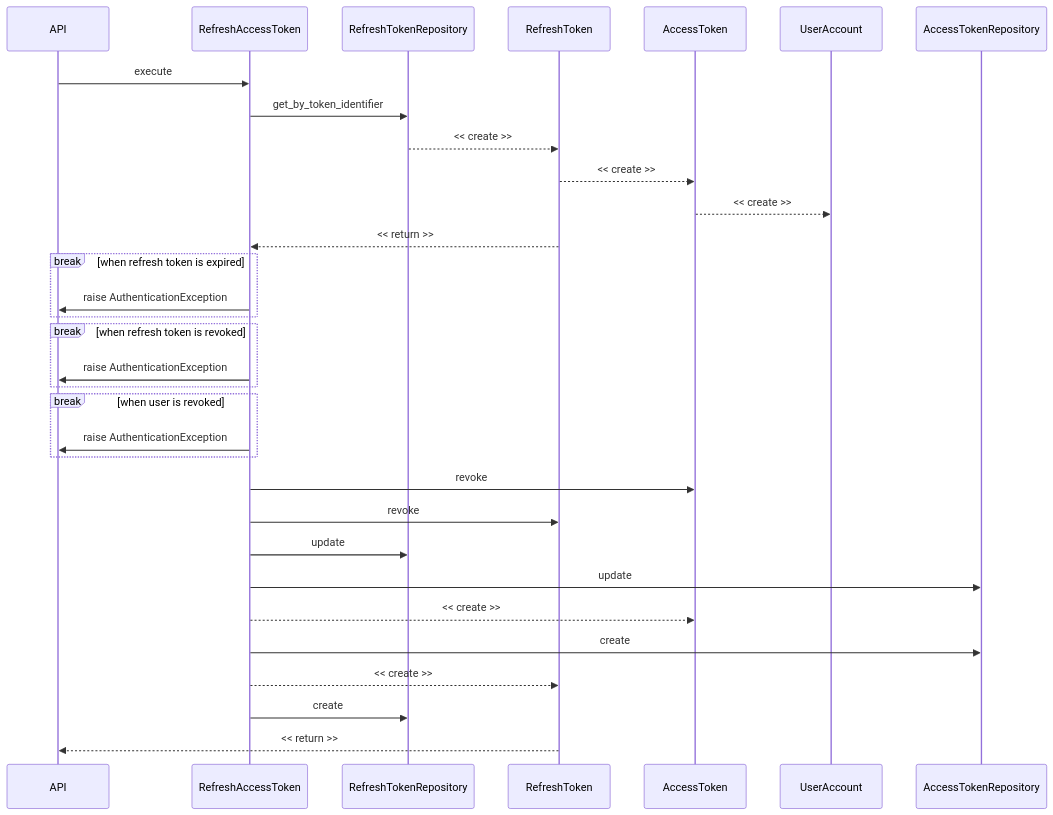
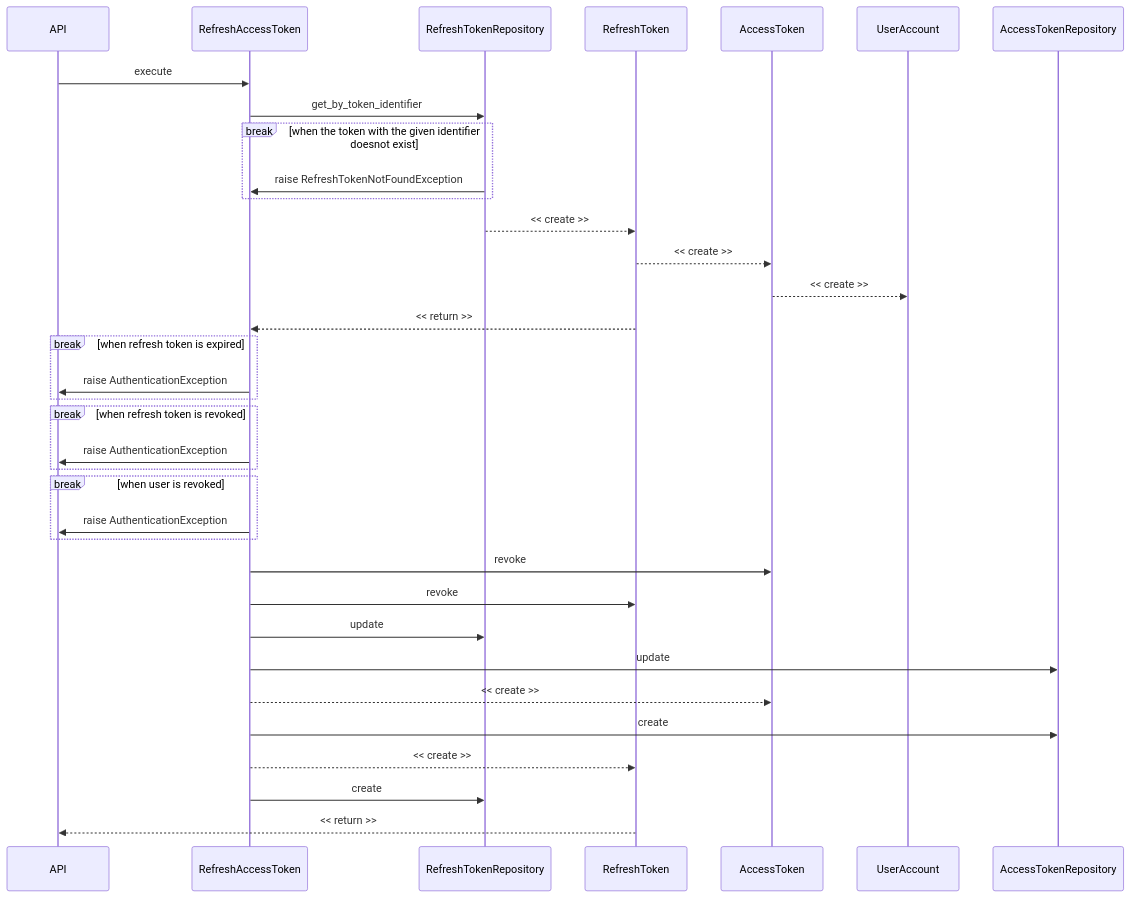
Before and after one commit to fbraem/kwai: the second of 2 diagrams in backend/src/kwai/modules/identity/README.md, drawn with Mermaid. The commit also changed other lines of this file, not shown here.

Commit message:
Use << return >>

````diff
--- a/backend/src/kwai/modules/identity/README.md
+++ b/backend/src/kwai/modules/identity/README.md
@@ -31,27 +31,30 @@
 ```mermaid
 sequenceDiagram
     API->>RefreshAccessToken: execute
     RefreshAccessToken->>RefreshTokenRepository: get_by_token_identifier
+    break when the token with the given identifier doesnot exist
+        RefreshTokenRepository->>RefreshAccessToken: raise RefreshTokenNotFoundException
+    end
     RefreshTokenRepository-->>RefreshToken: << create >>
     RefreshToken-->>AccessToken: << create >>
     AccessToken-->>UserAccount: << create >> 
     RefreshToken-->>RefreshAccessToken: << return >>
     break when refresh token is expired
         RefreshAccessToken->>API: raise AuthenticationException
     end
     break when refresh token is revoked
         RefreshAccessToken->>API: raise AuthenticationException
     end
     break when user is revoked
         RefreshAccessToken->>API: raise AuthenticationException
     end
     RefreshAccessToken->>AccessToken: revoke
     RefreshAccessToken->>RefreshToken: revoke
     RefreshAccessToken->>RefreshTokenRepository: update
     RefreshAccessToken->>AccessTokenRepository: update
     RefreshAccessToken-->>AccessToken: << create >>
     RefreshAccessToken->>AccessTokenRepository: create
     RefreshAccessToken-->>RefreshToken: << create >>
     RefreshAccessToken->>RefreshTokenRepository: create
     RefreshToken-->>API: << return >>
 ```
````
